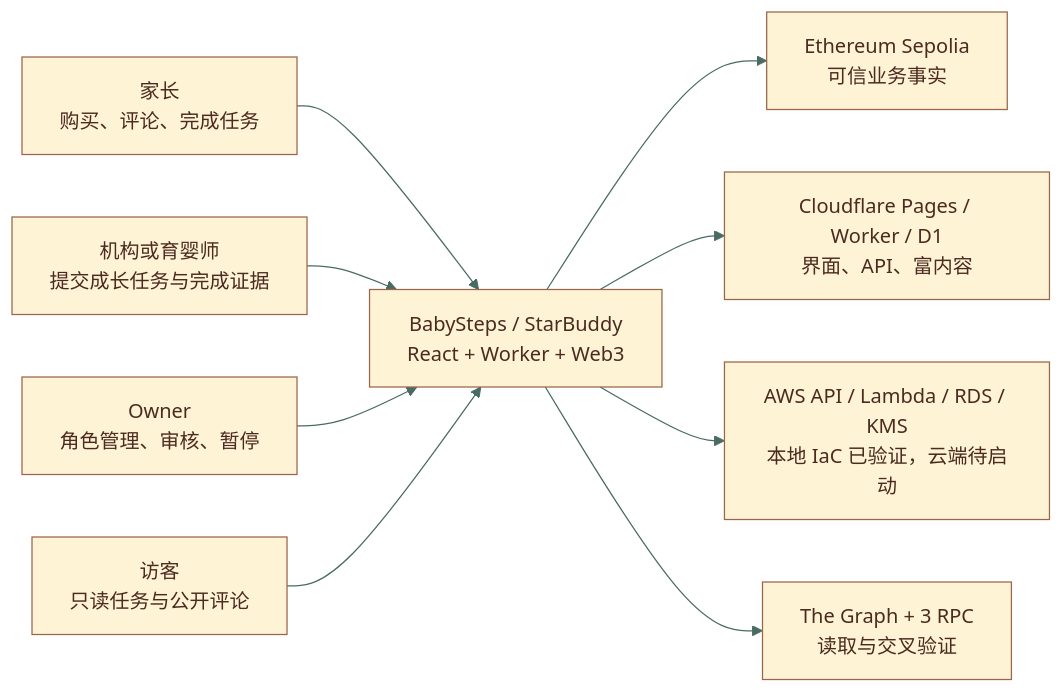
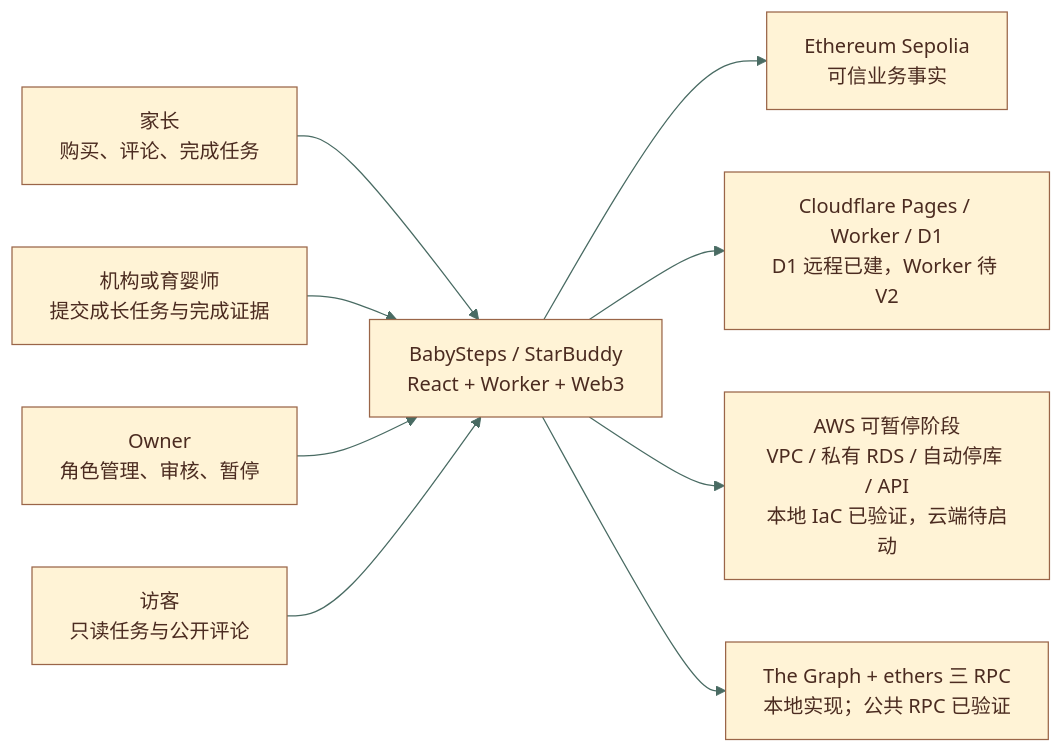
Before and after one commit to Tiancheng-Xu/babysteps: the first of 8 diagrams in docs/architecture/starbuddy-web3-architecture.mmd, drawn with Mermaid. The commit also changed other lines of this file and 3 other files, not shown here.

Commit message:
docs: align homework evidence and architecture

````diff
--- a/docs/architecture/starbuddy-web3-architecture.mmd
+++ b/docs/architecture/starbuddy-web3-architecture.mmd
@@ -15,19 +16,19 @@
 ```mermaid
 %%{init: {"theme":"base","themeVariables":{"primaryColor":"#FFF3D6","primaryTextColor":"#4B2B20","primaryBorderColor":"#9A6548","lineColor":"#496B63","secondaryColor":"#F7B267","tertiaryColor":"#DCE9C8"}}}%%
 flowchart LR
     parent0["家长<br/>购买、评论、完成任务"]
     provider0["机构或育婴师<br/>提交成长任务与完成证据"]
     owner0["Owner<br/>角色管理、审核、暂停"]
     babySteps["BabySteps / StarBuddy<br/>React + Worker + Web3"]
     public0["访客<br/>只读任务与公开评论"]
 
     parent0 --> babySteps
     provider0 --> babySteps
     owner0 --> babySteps
     public0 --> babySteps
 
     babySteps --> ethereum0["Ethereum Sepolia<br/>可信业务事实"]
-    babySteps --> cloudflare0["Cloudflare Pages / Worker / D1<br/>界面、API、富内容"]
-    babySteps --> aws0["AWS API / Lambda / RDS / KMS<br/>本地 IaC 已验证，云端待启动"]
-    babySteps --> index0["The Graph + 3 RPC<br/>读取与交叉验证"]
+    babySteps --> cloudflare0["Cloudflare Pages / Worker / D1<br/>D1 远程已建，Worker 待 V2"]
+    babySteps --> aws0["AWS 可暂停阶段<br/>VPC / 私有 RDS / 自动停库 / API<br/>本地 IaC 已验证，云端待启动"]
+    babySteps --> index0["The Graph + ethers 三 RPC<br/>本地实现；公共 RPC 已验证"]
 ```
````
